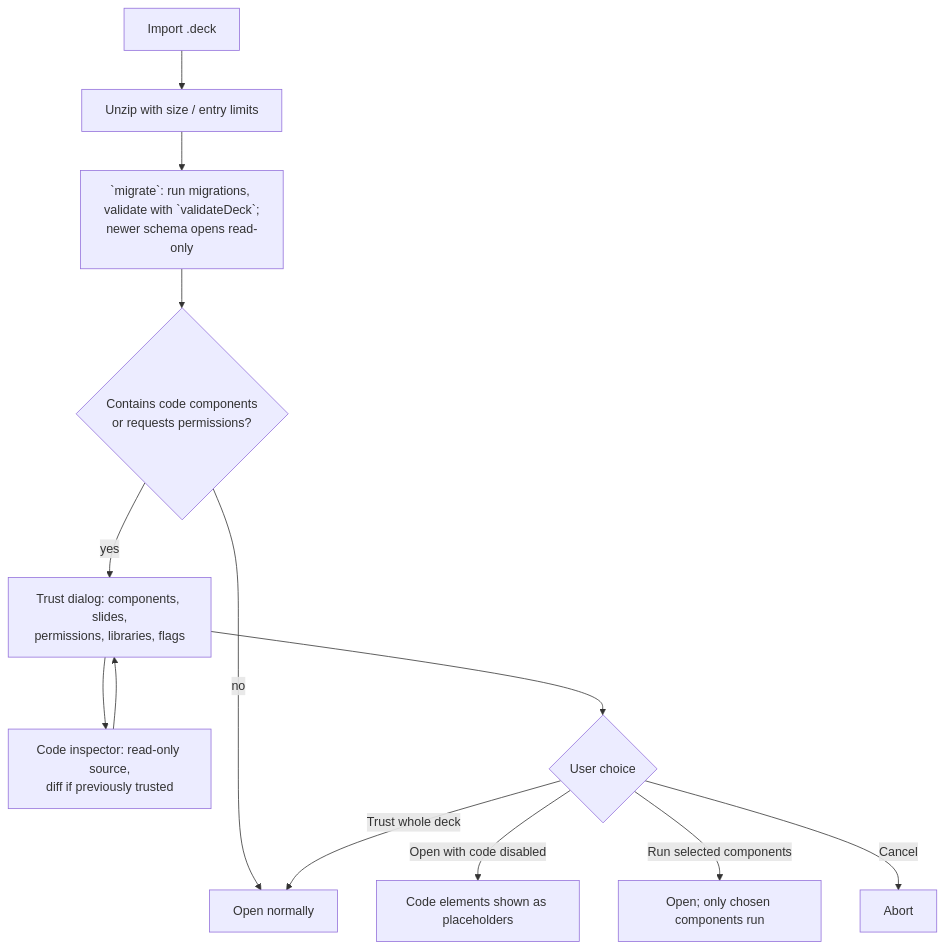
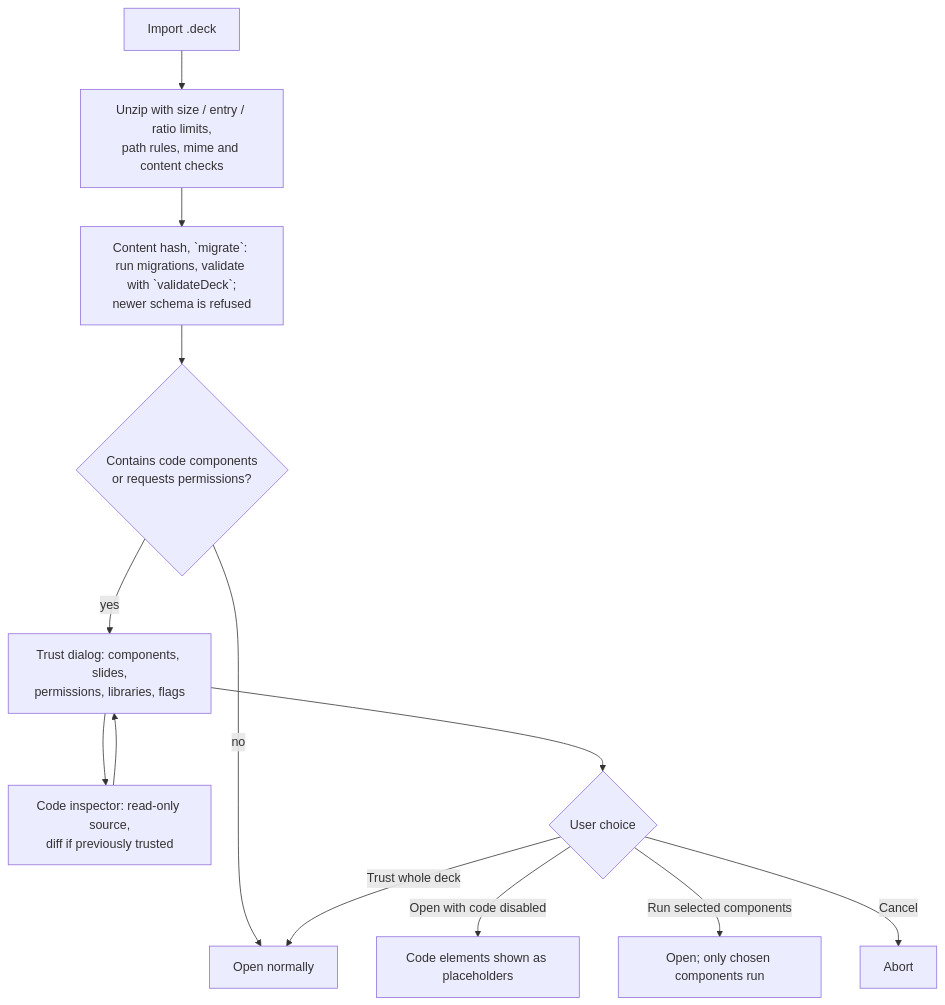
Before and after one commit to Gibb-y/decktech: the fifth of 5 diagrams in docs/arc42/06-runtime-view.md, drawn with Mermaid. The commit also changed other lines of this file and 7 other files, not shown here.

First line of the commit message:
Document the .deck archive, import hardening and library file actions as built (Refs #16)

````diff
--- a/docs/arc42/06-runtime-view.md
+++ b/docs/arc42/06-runtime-view.md
@@ -123,15 +123,15 @@
 ```mermaid
 flowchart TD
-    A[Import .deck] --> B[Unzip with size / entry limits]
-    B --> C[`migrate`: run migrations, validate with `validateDeck`;<br/>newer schema opens read-only]
+    A[Import .deck] --> B[Unzip with size / entry / ratio limits,<br/>path rules, mime and content checks]
+    B --> C[Content hash, `migrate`: run migrations, validate with `validateDeck`;<br/>newer schema is refused]
     C --> D{Contains code components<br/>or requests permissions?}
     D -- no --> G[Open normally]
     D -- yes --> E[Trust dialog: components, slides,<br/>permissions, libraries, flags]
     E --> I[Code inspector: read-only source,<br/>diff if previously trusted]
     I --> E
     E --> F{User choice}
     F -- Open with code disabled --> H[Code elements shown as placeholders]
     F -- Run selected components --> J[Open; only chosen components run]
     F -- Trust whole deck --> G
     F -- Cancel --> X[Abort]
 ```
````
